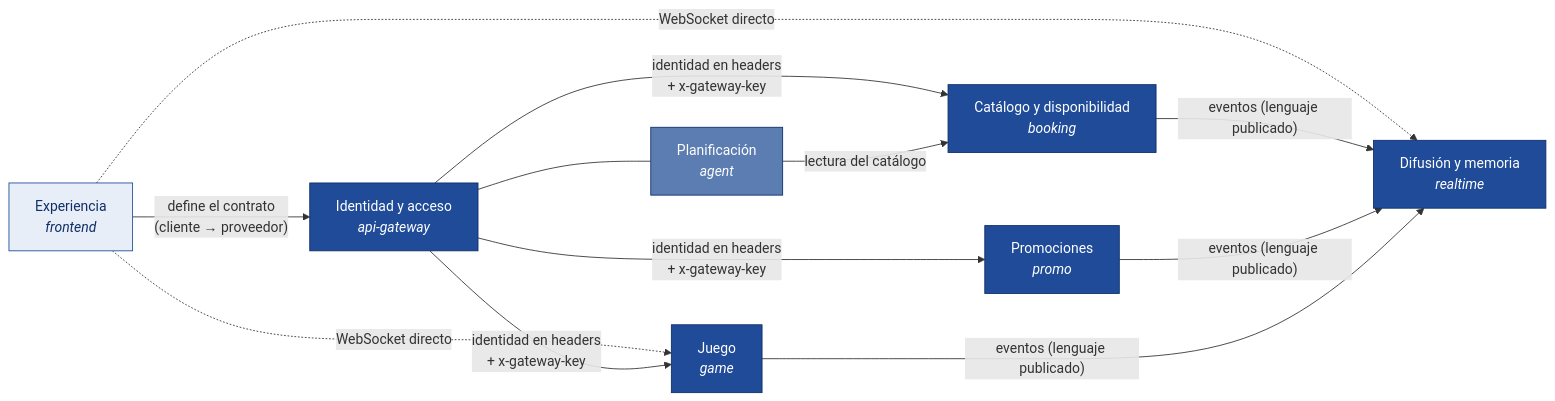
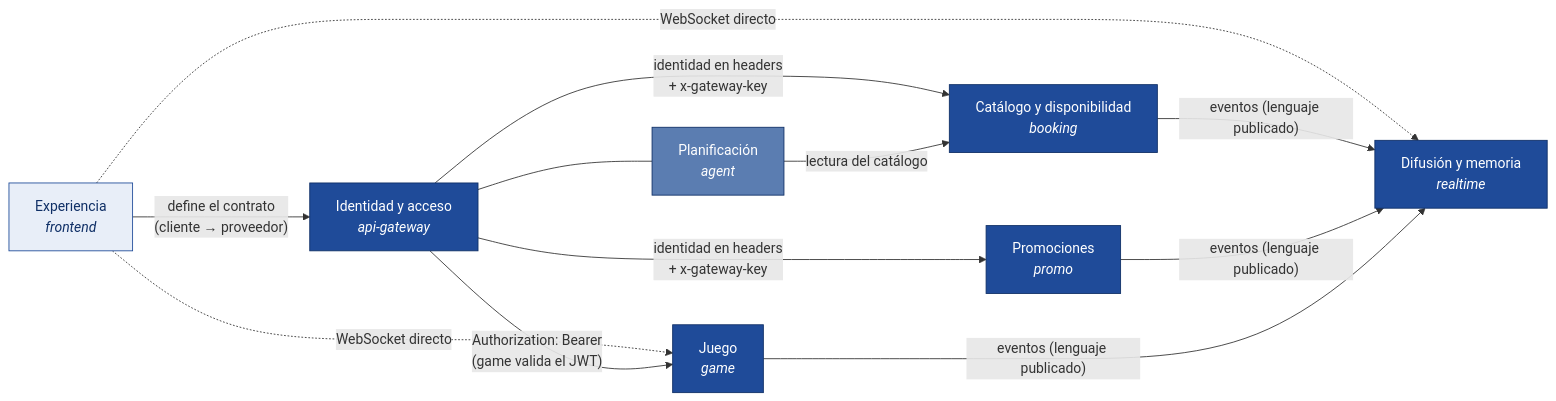
One commit to planazo-team/planazo-frontend changed the diagram in docs/dominios.md. Above: the diagram before and after it, drawn with Mermaid. The commit also changed other lines of this file and 7 other files, not shown here.

````diff
--- a/docs/dominios.md
+++ b/docs/dominios.md
@@ -198,26 +200,26 @@
 ```mermaid
 flowchart LR
   classDef nucleo fill:#1f4b99,stroke:#0f2f66,color:#fff
   classDef soporte fill:#5b7db1,stroke:#0f2f66,color:#fff
   classDef ui fill:#e8eef8,stroke:#1f4b99,color:#0f2f66
 
   FE[Experiencia<br/><i>frontend</i>]:::ui
   ID[Identidad y acceso<br/><i>api-gateway</i>]:::nucleo
   AG[Planificación<br/><i>agent</i>]:::soporte
   BK[Catálogo y disponibilidad<br/><i>booking</i>]:::nucleo
   PR[Promociones<br/><i>promo</i>]:::nucleo
   GM[Juego<br/><i>game</i>]:::nucleo
   RT[Difusión y memoria<br/><i>realtime</i>]:::nucleo
 
   FE -- "define el contrato<br/>(cliente → proveedor)" --> ID
   FE -. "WebSocket directo" .-> RT
   FE -. "WebSocket directo" .-> GM
   ID -- "identidad en headers<br/>+ x-gateway-key" --> BK
   ID -- "identidad en headers<br/>+ x-gateway-key" --> PR
-  ID -- "identidad en headers<br/>+ x-gateway-key" --> GM
+  ID -- "Authorization: Bearer<br/>(game valida el JWT)" --> GM
   ID --- AG
   AG -- "lectura del catálogo" --> BK
   BK -- "eventos (lenguaje publicado)" --> RT
   PR -- "eventos (lenguaje publicado)" --> RT
   GM -- "eventos (lenguaje publicado)" --> RT
 ```
````
